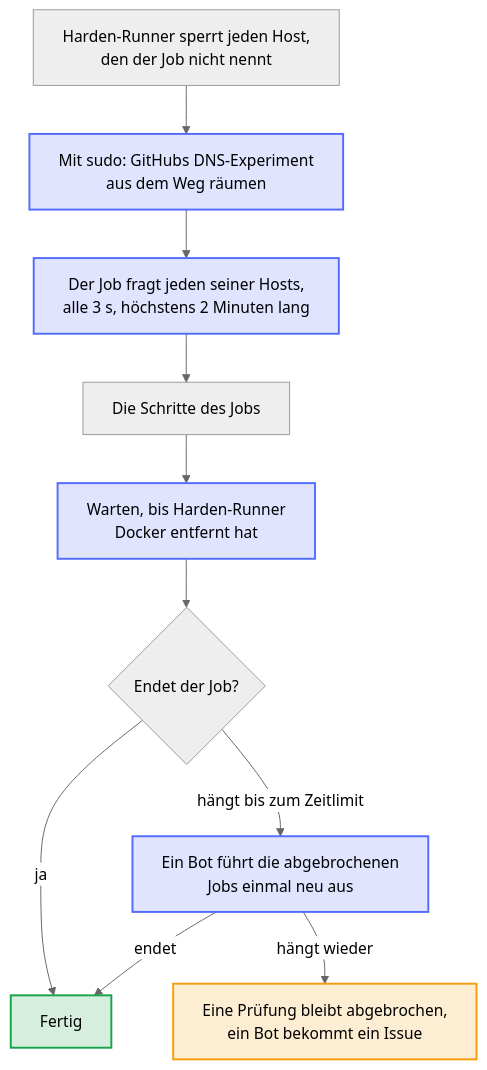
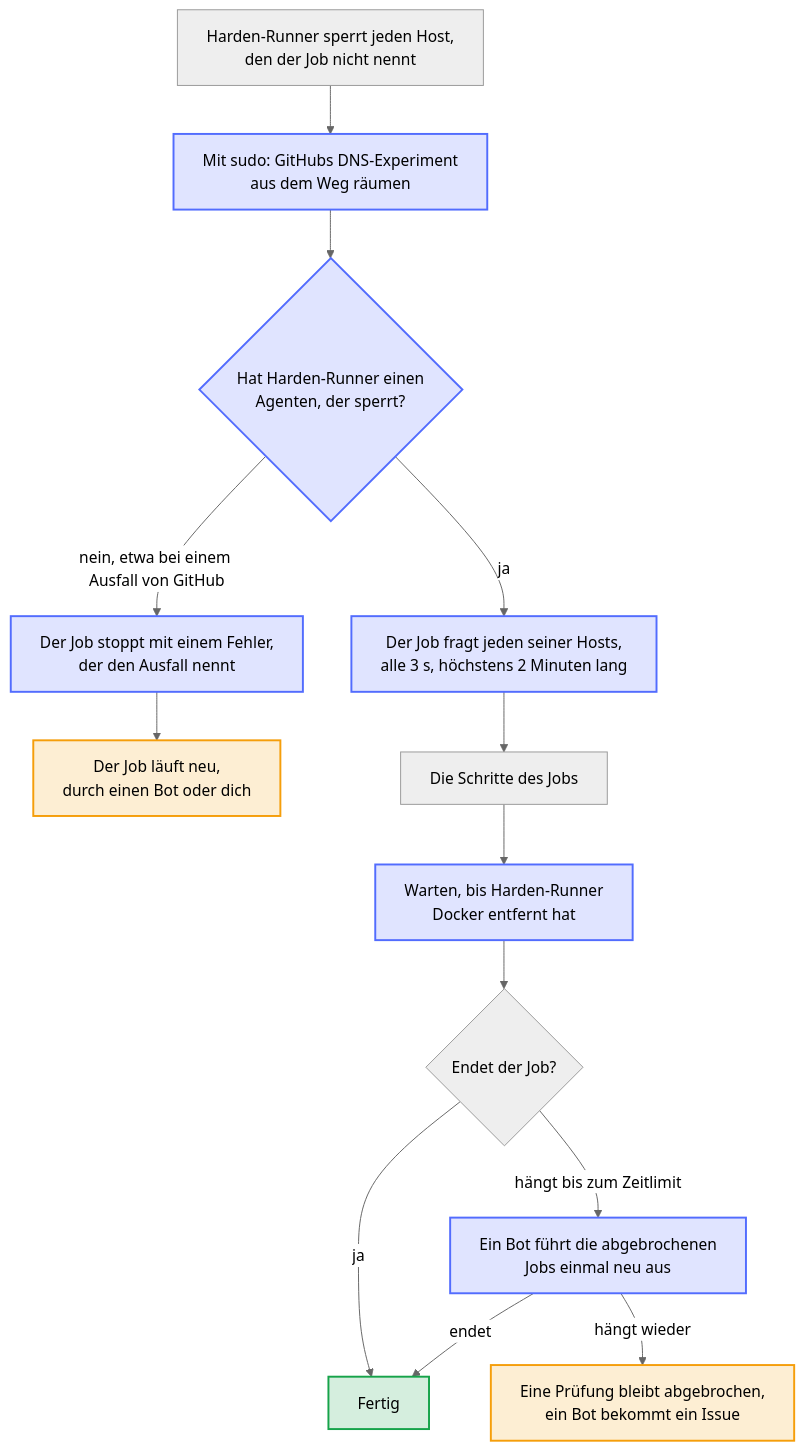
Before and after one commit to Dennis-Otto/repo-blueprint: the diagram in docs/diagrams/a-job-behind-harden-runner.de.mmd, drawn with Mermaid (neutral theme). The commit also changed 59 other files, not shown here.

First line of the commit message:
fix(ci): a job whose Harden-Runner can't start its block no longer runs without it (#755)

```diff
--- a/docs/diagrams/a-job-behind-harden-runner.de.mmd
+++ b/docs/diagrams/a-job-behind-harden-runner.de.mmd
@@ -1,35 +1,41 @@
 ---
 config:
   flowchart:
     wrappingWidth: 400
 ---
 flowchart TB
     accTitle: Ein Job hinter Harden-Runner
-    accDescr: Harden-Runner sperrt jeden Host, den der Job nicht nennt. Ein Job, der sudo behält, räumt zuerst GitHubs DNS-Experiment aus dem Weg, damit Harden-Runner seine Abfragen sieht. Der Job fragt dann alle 3 Sekunden jeden seiner Hosts, höchstens zwei Minuten lang, bis Harden-Runner ihn durchlässt, und führt seine Schritte aus. Ohne sudo und Docker wartet er, bis Harden-Runner Docker entfernt hat. Ein Job, der endet, ist fertig. Einer, der bis zu seinem Zeitlimit hängt, endet abgebrochen, und ein Bot führt seine abgebrochenen Jobs einmal neu aus; hängt das auch, bleibt eine vorgeschriebene Prüfung für dich abgebrochen, und ein Bot bekommt ein Issue.
+    accDescr: Harden-Runner sperrt jeden Host, den der Job nicht nennt. Ein Job, der sudo behält, räumt zuerst GitHubs DNS-Experiment aus dem Weg, damit Harden-Runner seine Abfragen sieht. Hat Harden-Runner keinen Agenten, der sperrt, etwa weil ein Ausfall von GitHub den Download des Agenten verhindert hat, stoppt der Job mit einem Fehler, der das nennt, und läuft neu, durch einen Bot oder durch dich. Sonst fragt der Job alle 3 Sekunden jeden seiner Hosts, höchstens zwei Minuten lang, bis Harden-Runner ihn durchlässt, und führt seine Schritte aus. Ohne sudo und Docker wartet er, bis Harden-Runner Docker entfernt hat. Ein Job, der endet, ist fertig. Einer, der bis zu seinem Zeitlimit hängt, endet abgebrochen, und ein Bot führt seine abgebrochenen Jobs einmal neu aus; hängt das auch, bleibt eine vorgeschriebene Prüfung für dich abgebrochen, und ein Bot bekommt ein Issue.
 
     block["Harden-Runner sperrt jeden Host,<br>den der Job nicht nennt"]
     dns["Mit sudo: GitHubs DNS-Experiment<br>aus dem Weg räumen"]
+    agent{"Hat Harden-Runner einen<br>Agenten, der sperrt?"}
+    stop["Der Job stoppt mit einem Fehler,<br>der den Ausfall nennt"]
+    rerun["Der Job läuft neu,<br>durch einen Bot oder dich"]
     warm["Der Job fragt jeden seiner Hosts,<br>alle 3 s, höchstens 2 Minuten lang"]
     steps["Die Schritte des Jobs"]
     docker["Warten, bis Harden-Runner<br>Docker entfernt hat"]
     ends{"Endet der Job?"}
     done["Fertig"]
     again["Ein Bot führt die abgebrochenen<br>Jobs einmal neu aus"]
     you["Eine Prüfung bleibt abgebrochen,<br>ein Bot bekommt ein Issue"]
 
     block --> dns
-    dns --> warm
+    dns --> agent
+    agent -- "ja" --> warm
+    agent -- "nein, etwa bei einem Ausfall von GitHub" --> stop
+    stop --> rerun
     warm --> steps
     steps --> docker
     docker --> ends
     ends -- "ja" --> done
     ends -- "hängt bis zum Zeitlimit" --> again
     again -- "endet" --> done
     again -- "hängt wieder" --> you
 
     classDef bot fill:#526cfe2e,stroke:#526cfe,stroke-width:2px
     classDef person fill:#f59e0b2e,stroke:#f59e0b,stroke-width:2px
     classDef done fill:#16a34a2e,stroke:#16a34a,stroke-width:2px
-    class dns,warm,docker,again bot
-    class you person
+    class dns,agent,stop,warm,docker,again bot
+    class you,rerun person
     class done done
```
